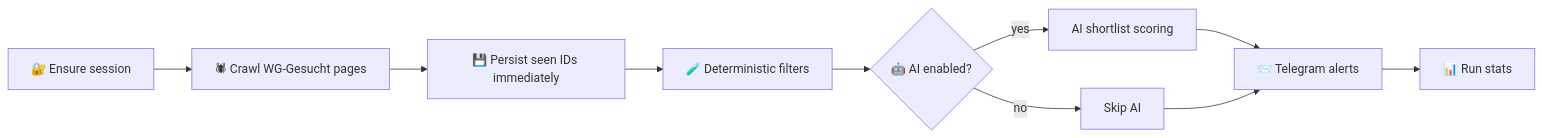
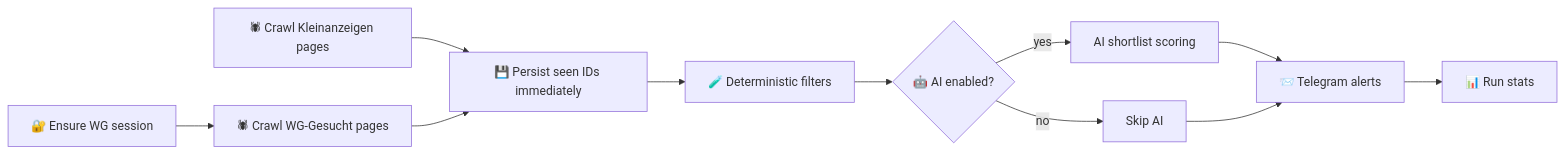
One commit to bobocs50/wg-gefunden changed the first of 2 diagrams in README.md. Above: the diagram before and after it, drawn with Mermaid. The commit also changed other lines of this file, not shown here.

Commit message:
Ensure README hero title stays centered on GitHub

````diff
--- a/README.md
+++ b/README.md
@@ -31,12 +38,13 @@
 ```mermaid
 flowchart LR
-    A[🔐 Ensure session] --> B[🕷 Crawl WG-Gesucht pages]
-    B --> C[💾 Persist seen IDs immediately]
+    A[🔐 Ensure WG session] --> B1[🕷 Crawl WG-Gesucht pages]
+    B2[🕷 Crawl Kleinanzeigen pages] --> C[💾 Persist seen IDs immediately]
+    B1 --> C
     C --> D[🧪 Deterministic filters]
     D --> E{🤖 AI enabled?}
     E -- yes --> F[AI shortlist scoring]
     E -- no --> G[Skip AI]
     F --> H[📨 Telegram alerts]
     G --> H
     H --> I[📊 Run stats]
 ```
````
